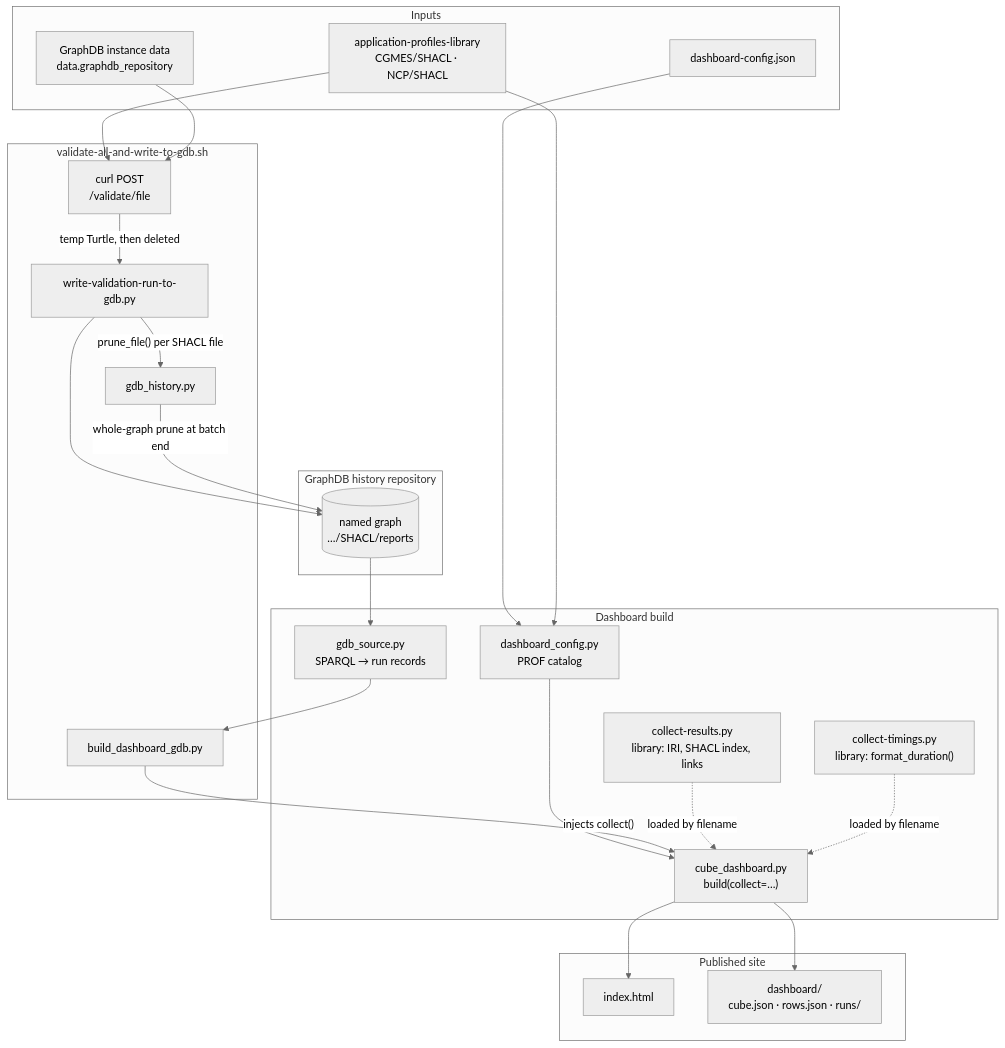
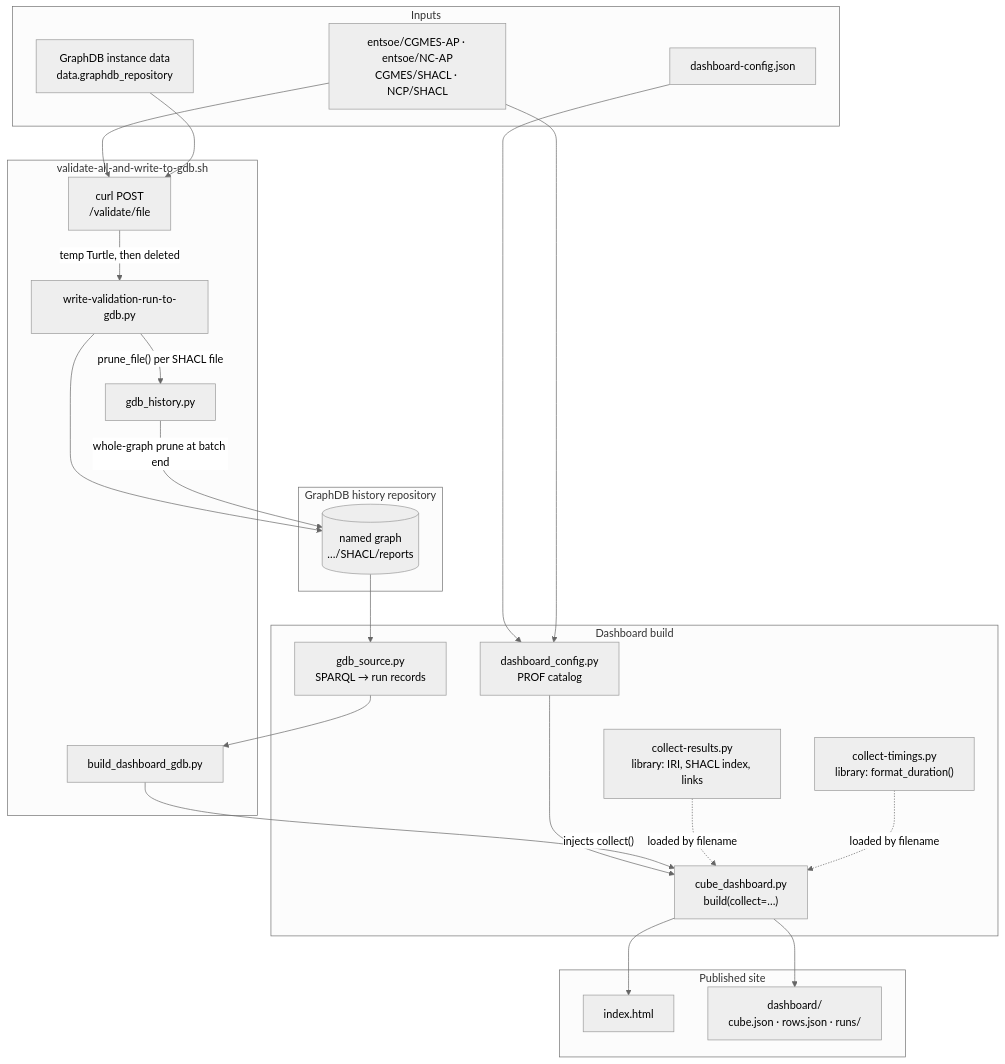
One commit to Ontotext-AD/cim-validate changed the diagram in README.md. Above: the diagram before and after it, drawn with Mermaid (neutral theme). The commit also changed other lines of this file and 4 other files, not shown here.

````diff
--- a/README.md
+++ b/README.md
@@ -39,49 +39,49 @@
 ```mermaid
 flowchart TB
   subgraph inputs["Inputs"]
-    APL["application-profiles-library<br/>CGMES/SHACL · NCP/SHACL"]
+    APL["entsoe/CGMES-AP · entsoe/NC-AP<br/>CGMES/SHACL · NCP/SHACL"]
     CFG["dashboard-config.json"]
     DATA["GraphDB instance data<br/>data.graphdb_repository"]
   end
 
   subgraph pipeline["validate-all-and-write-to-gdb.sh"]
     CURL["curl POST<br/>/validate/file"]
     WR["write-validation-run-to-gdb.py"]
     GH["gdb_history.py"]
     BD["build_dashboard_gdb.py"]
   end
 
   subgraph graph["GraphDB history repository"]
     HIST[("named graph<br/>…/SHACL/reports")]
   end
 
   subgraph render["Dashboard build"]
     GS["gdb_source.py<br/>SPARQL → run records"]
     DC["dashboard_config.py<br/>PROF catalog"]
     CUBE["cube_dashboard.py<br/>build(collect=…)"]
     CR["collect-results.py<br/>library: IRI, SHACL index, links"]
     CT["collect-timings.py<br/>library: format_duration()"]
   end
 
   subgraph out["Published site"]
     HTML["index.html"]
     DASH["dashboard/<br/>cube.json · rows.json · runs/"]
   end
 
   APL --> CURL
   DATA --> CURL
   CURL -->|"temp Turtle, then deleted"| WR
   WR --> HIST
   WR -->|"prune_file() per SHACL file"| GH
   GH -->|"whole-graph prune at batch end"| HIST
   HIST --> GS
   CFG --> DC
   APL --> DC
   GS --> BD
   DC --> CUBE
   BD -->|"injects collect()"| CUBE
   CR -.->|"loaded by filename"| CUBE
   CT -.->|"loaded by filename"| CUBE
   CUBE --> HTML
   CUBE --> DASH
 ```
````
